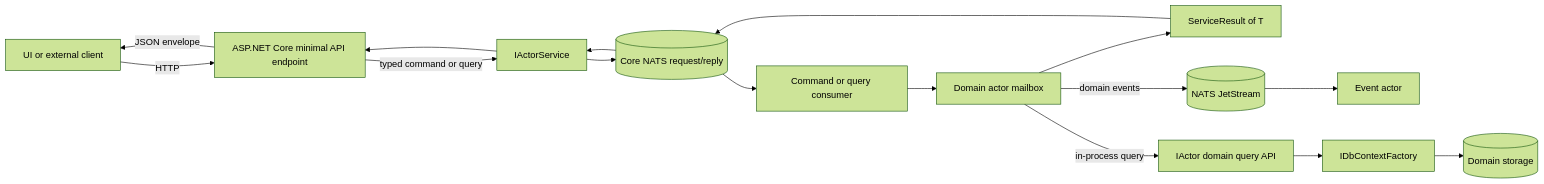
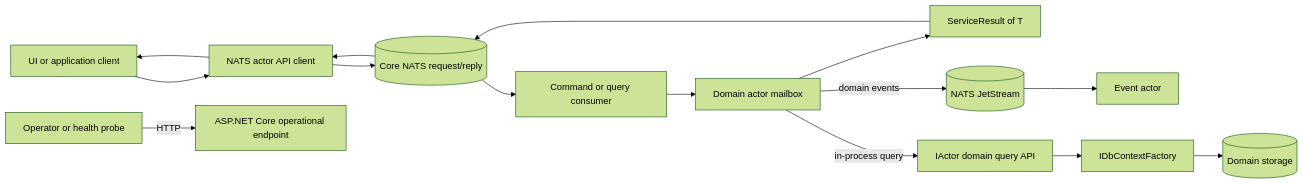
One commit to basilthomas911/IFM changed the diagram in TomasAI.IFM.Application.Api.Server/Docs/ApiServer-Implementation-Details.md. Above: the diagram before and after it, drawn with Mermaid (forest theme). The commit also changed other lines of this file and 2207 other files, not shown here.

````diff
--- a/TomasAI.IFM.Application.Api.Server/Docs/ApiServer-Implementation-Details.md
+++ b/TomasAI.IFM.Application.Api.Server/Docs/ApiServer-Implementation-Details.md
@@ -33,32 +27,31 @@
 ```mermaid
 flowchart LR
-    Client[UI or external client]
-    Endpoint[ASP.NET Core minimal API endpoint]
-    ActorService[IActorService]
+    Client[UI or application client]
+    NatsClient[NATS actor API client]
     CoreNats[(Core NATS request/reply)]
     Consumer[Command or query consumer]
     Actor[Domain actor mailbox]
     Result[ServiceResult of T]
+    OpsClient[Operator or health probe]
+    OpsEndpoint[ASP.NET Core operational endpoint]
     JetStream[(NATS JetStream)]
     EventActor[Event actor]
     DirectQuery[IActor domain query API]
     DbFactory[IDbContextFactory]
     Storage[(Domain storage)]
 
-    Client -->|HTTP| Endpoint
-    Endpoint -->|typed command or query| ActorService
-    ActorService --> CoreNats
+    Client --> NatsClient
+    NatsClient --> CoreNats
     CoreNats --> Consumer
     Consumer --> Actor
     Actor --> Result
     Result --> CoreNats
-    CoreNats --> ActorService
-    ActorService --> Endpoint
-    Endpoint -->|JSON envelope| Client
-
+    CoreNats --> NatsClient
+    NatsClient --> Client
+    OpsClient -->|HTTP| OpsEndpoint
     Actor -->|domain events| JetStream
     JetStream --> EventActor
     Actor -->|in-process query| DirectQuery
     DirectQuery --> DbFactory
     DbFactory --> Storage
 ```
````
